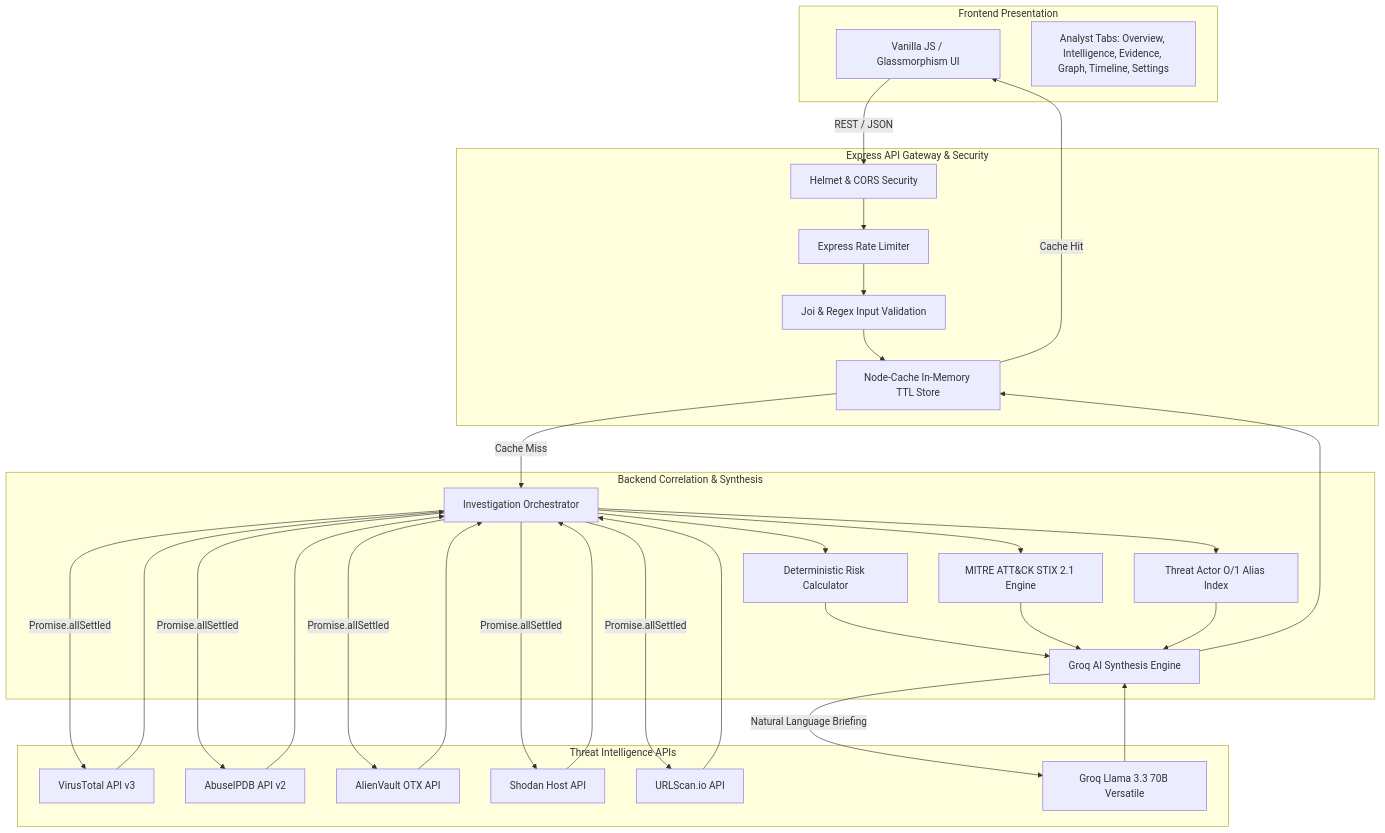
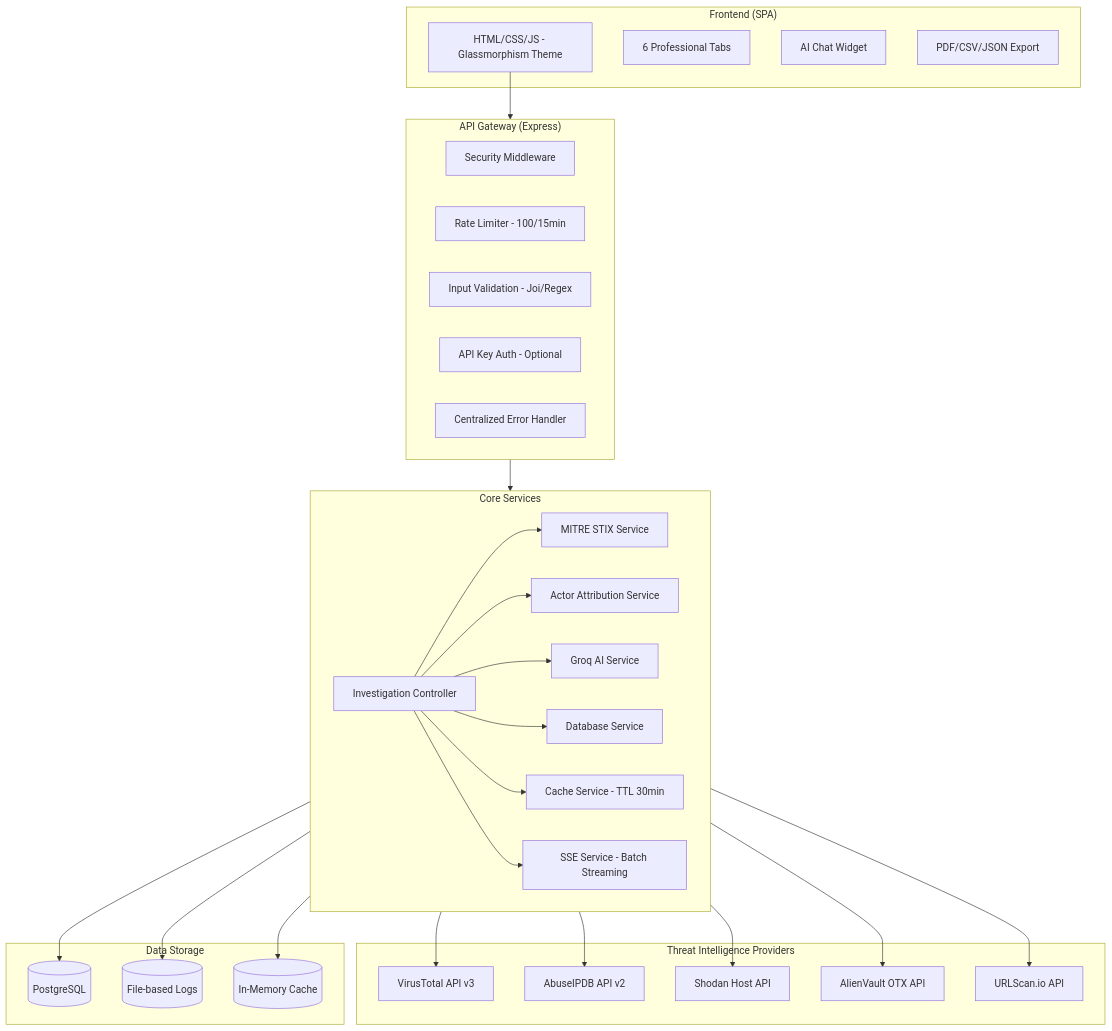
Before and after one commit to arunchavan143/ThreatIntelWorkbench: the first of 3 diagrams in docs/ARCHITECTURE.md, drawn with Mermaid. The commit also changed other lines of this file and 26 other files, not shown here.

````diff
--- a/docs/ARCHITECTURE.md
+++ b/docs/ARCHITECTURE.md
@@ -11,48 +21,59 @@
 ```mermaid
-graph TB
-    subgraph Client Layer [Frontend Presentation]
-        UI[Vanilla JS / Glassmorphism UI]
-        Tabs[Analyst Tabs: Overview, Intelligence, Evidence, Graph, Timeline, Settings]
+flowchart TD
+    subgraph Frontend["Frontend (SPA)"]
+        UI[HTML/CSS/JS - Glassmorphism Theme]
+        Tabs[6 Professional Tabs]
+        Chat[AI Chat Widget]
+        Export[PDF/CSV/JSON Export]
     end
 
-    subgraph Gateway [Express API Gateway & Security]
-        Helmet[Helmet & CORS Security]
-        RateLimit[Express Rate Limiter]
-        Validator[Joi & Regex Input Validation]
-        Cache[Node-Cache In-Memory TTL Store]
+    subgraph Gateway["API Gateway (Express)"]
+        Middleware[Security Middleware]
+        RateLimit[Rate Limiter - 100/15min]
+        Validator[Input Validation - Joi/Regex]
+        Auth[API Key Auth - Optional]
+        ErrorHandler[Centralized Error Handler]
     end
 
-    subgraph Core Services [Backend Correlation & Synthesis]
-        Orchestrator[Investigation Orchestrator]
-        RiskCalc[Deterministic Risk Calculator]
-        MitreEngine[MITRE ATT&CK STIX 2.1 Engine]
-        ActorEngine[Threat Actor O/1 Alias Index]
-        AIService[Groq AI Synthesis Engine]
+    subgraph Services["Core Services"]
+        direction LR
+        Invest[Investigation Controller]
+        MITRE[MITRE STIX Service]
+        Actor[Actor Attribution Service]
+        Groq[Groq AI Service]
+        DB[Database Service]
+        Cache[Cache Service - TTL 30min]
+        SSE[SSE Service - Batch Streaming]
     end
 
-    subgraph External Upstream [Threat Intelligence APIs]
+    subgraph Providers["Threat Intelligence Providers"]
         VT[VirusTotal API v3]
         Abuse[AbuseIPDB API v2]
+        Shodan[Shodan Host API]
         OTX[AlienVault OTX API]
-        Shodan[Shodan Host API]
         URLScan[URLScan.io API]
-        GroqLLM[Groq Llama 3.3 70B Versatile]
     end
 
-    UI -->|REST / JSON| Helmet
-    Helmet --> RateLimit --> Validator --> Cache
-    Cache -->|Cache Miss| Orchestrator
-    Cache -->|Cache Hit| UI
+    subgraph Storage["Data Storage"]
+        PG[(PostgreSQL)]
+        Logs[(File-based Logs)]
+        Memory[(In-Memory Cache)]
+    end
 
-    Orchestrator -->|Promise.allSettled| VT & Abuse & OTX & Shodan & URLScan
-    VT & Abuse & OTX & Shodan & URLScan --> Orchestrator
-
-    Orchestrator --> RiskCalc
-    Orchestrator --> MitreEngine
-    Orchestrator --> ActorEngine
-    
-    RiskCalc & MitreEngine & ActorEngine --> AIService
-    AIService -->|Natural Language Briefing| GroqLLM
-    GroqLLM --> AIService
-    AIService --> Cache
+    UI --> Gateway
+    Gateway --> Services
+    Invest --> VT
+    Invest --> Abuse
+    Invest --> Shodan
+    Invest --> OTX
+    Invest --> URLScan
+    Invest --> MITRE
+    Invest --> Actor
+    Invest --> Groq
+    Invest --> DB
+    Invest --> Cache
+    Invest --> SSE
+    DB --> PG
+    Cache --> Memory
+    MITRE --> Logs
 ```
````
